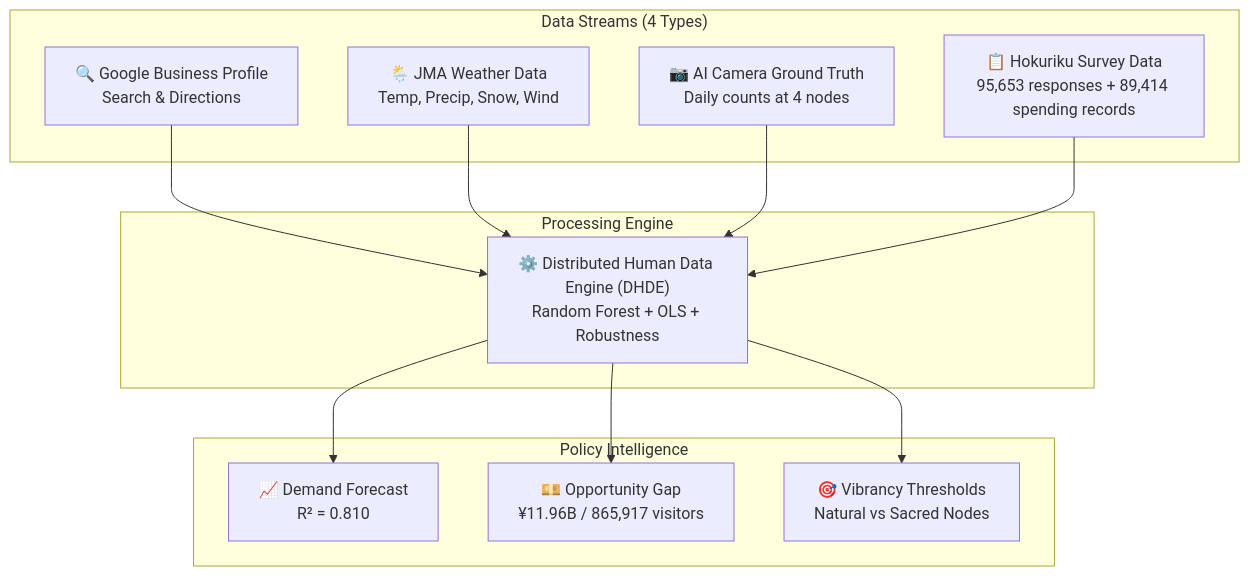
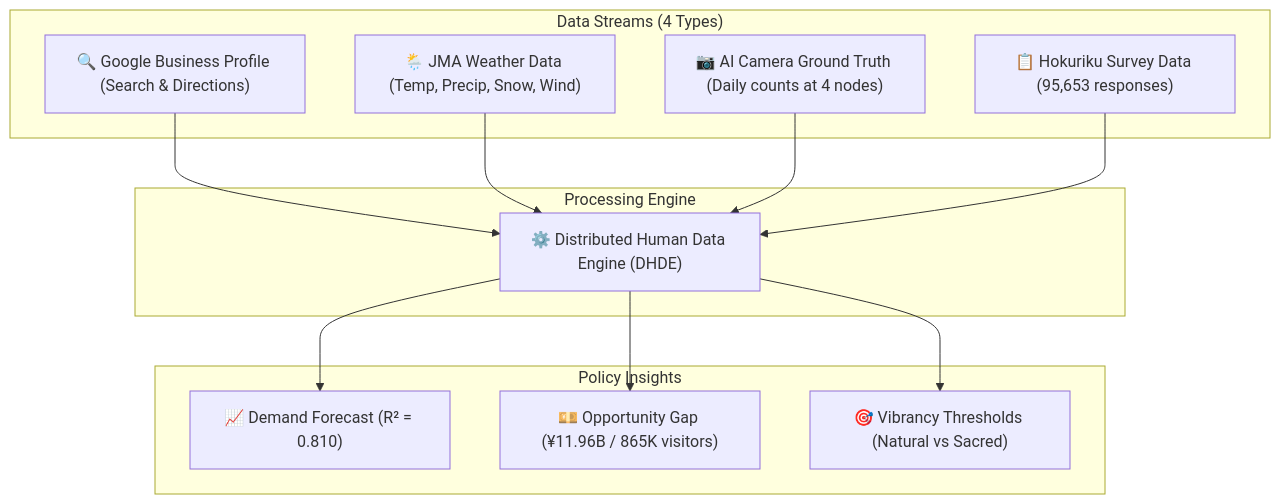
Before and after one commit to dinabelay-hub/hokuriku-tourism-ai-governance: the first of 2 diagrams in output/EXECUTIVE_REPORT.md, drawn with Mermaid. The commit also changed other lines of this file, not shown here.

````diff
--- a/output/EXECUTIVE_REPORT.md
+++ b/output/EXECUTIVE_REPORT.md
@@ -39,24 +36,24 @@
 ```mermaid
 graph TD
 	subgraph Inputs["Data Streams (4 Types)"]
-		G["🔍 Google Business Profile<br/>Search & Directions"]
-		W["🌦️ JMA Weather Data<br/>Temp, Precip, Snow, Wind"]
-		C["📷 AI Camera Ground Truth<br/>Daily counts at 4 nodes"]
-		S["📋 Hokuriku Survey Data<br/>95,653 responses + 89,414 spending records"]
+		G["🔍 Google Business Profile (Search & Directions)"]
+		W["🌦️ JMA Weather Data (Temp, Precip, Snow, Wind)"]
+		C["📷 AI Camera Ground Truth (Daily counts at 4 nodes)"]
+		S["📋 Hokuriku Survey Data (95,653 responses)"]
 	end
 	subgraph Engine["Processing Engine"]
-		M["⚙️ Distributed Human Data Engine (DHDE)<br/>Random Forest + OLS + Robustness"]
+		M["⚙️ Distributed Human Data Engine (DHDE)"]
 	end
-	subgraph Outputs["Policy Intelligence"]
-		F["📈 Demand Forecast<br/>R² = 0.810"]
-		O["💴 Opportunity Gap<br/>¥11.96B / 865,917 visitors"]
-		V["🎯 Vibrancy Thresholds<br/>Natural vs Sacred Nodes"]
+	subgraph Outputs["Policy Insights"]
+		F["📈 Demand Forecast (R² = 0.810)"]
+		O["💴 Opportunity Gap (¥11.96B / 865K visitors)"]
+		V["🎯 Vibrancy Thresholds (Natural vs Sacred)"]
 	end
 	G --> M
 	W --> M
 	C --> M
 	S --> M
 	M --> F
 	M --> O
 	M --> V
 ```
````
